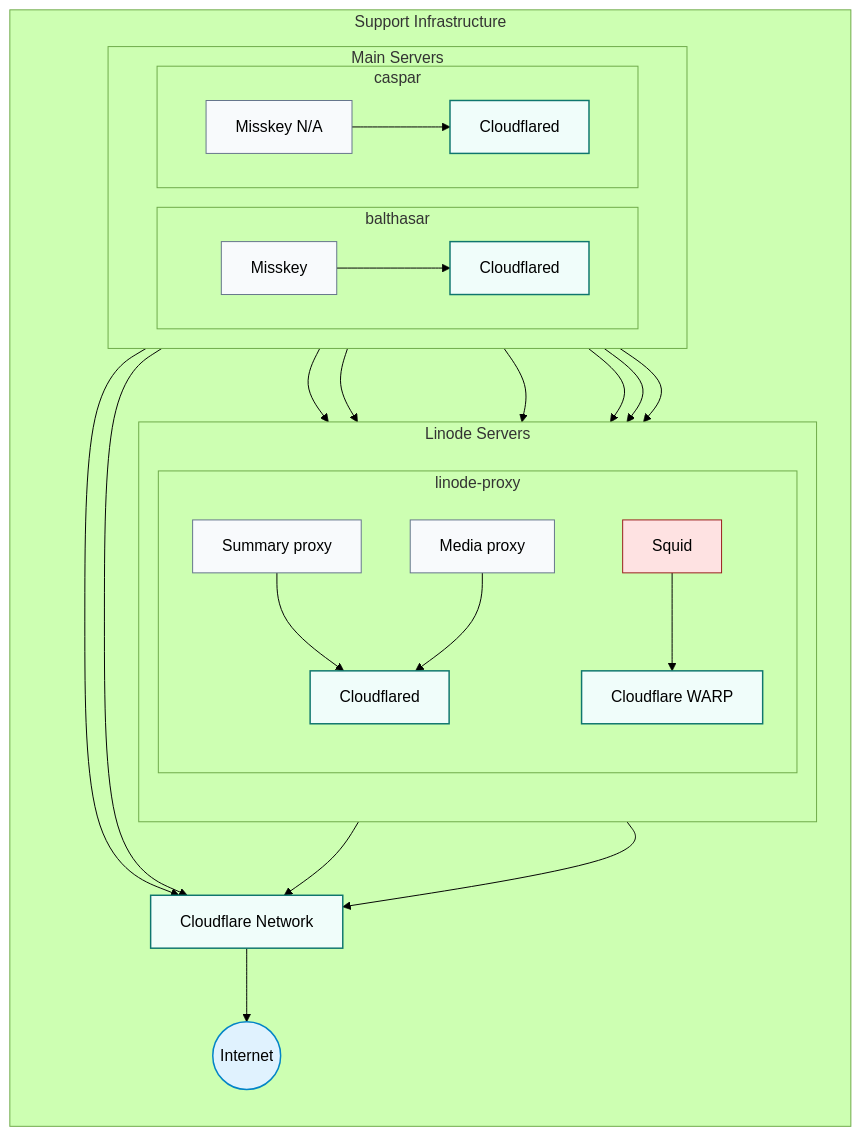
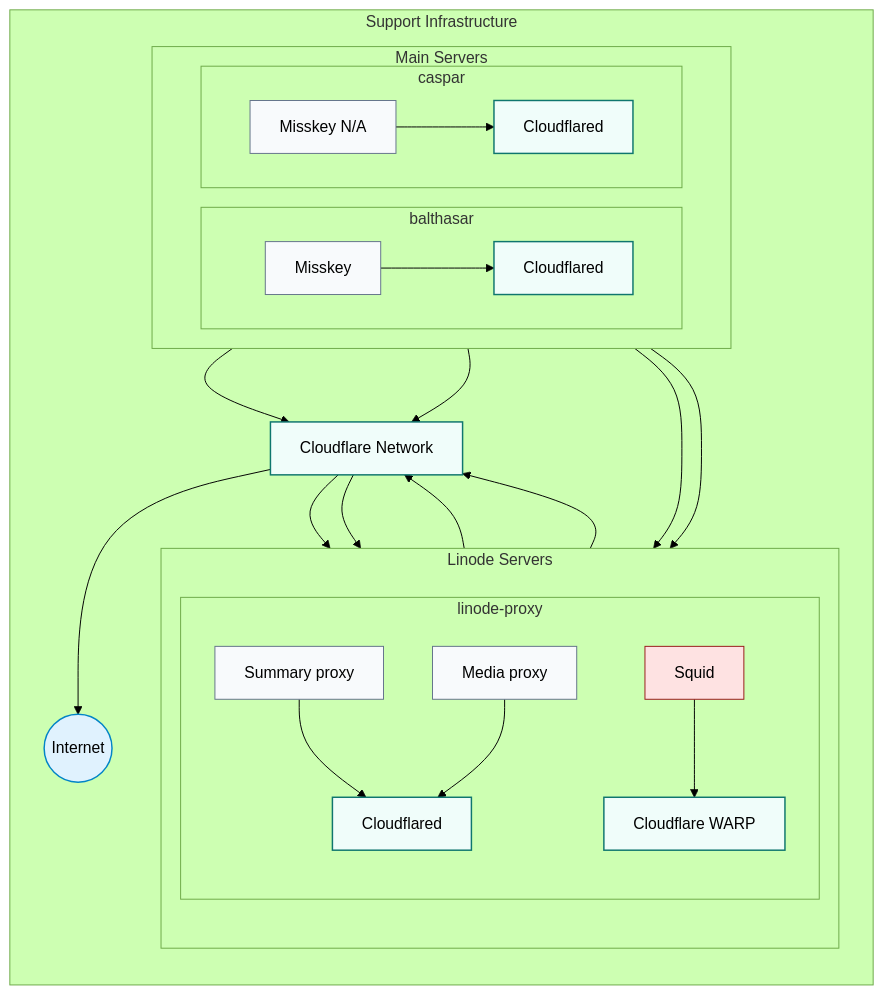
One commit to yamisskey-dev/hosted-list changed the fourth of 4 diagrams in README.md. Above: the diagram before and after it, drawn with Mermaid (forest theme).

````diff
--- a/README.md
+++ b/README.md
@@ -292,60 +292,64 @@
 ```mermaid
 graph TB
 classDef homeServer fill:#e2e8f0,stroke:#334155,stroke-width:2px
 classDef service fill:#f8fafc,stroke:#64748b,stroke-width:1px
 classDef security fill:#fee2e2,stroke:#991b1b,stroke-width:1px
 classDef cloudflare fill:#f0fdfa,stroke:#0f766e,stroke-width:1.5px
 classDef internet fill:#e0f2fe,stroke:#0284c7,stroke-width:1.5px
 
 subgraph support[Support Infrastructure]
     direction TB
     
     subgraph linode[Linode Servers]
         direction TB
         subgraph proxy[linode-proxy]
             summaryproxy[Summary proxy]:::service
             mediaproxy[Media proxy]:::service
             squid[Squid]:::security
             warp[Cloudflare WARP]:::cloudflare
             cloudflared_p[Cloudflared]:::cloudflare
         end
     end
     
     subgraph main_servers[Main Servers]
         direction LR
         subgraph balthasar[balthasar]
             yamisskey[Misskey]:::service
             cloudflared_b[Cloudflared]:::cloudflare
         end
         subgraph caspar[caspar]
             nayamisskey[Misskey N/A]:::service
             cloudflared_c[Cloudflared]:::cloudflare
         end
     end
     
     cloudflare_network[Cloudflare Network]:::cloudflare
     internet((Internet)):::internet
 end
 
-%% Misskey -> proxies
-yamisskey --> summaryproxy & mediaproxy & squid
-nayamisskey --> summaryproxy & mediaproxy & squid
-
-%% Misskey -> Cloudflared
+%% Misskeyからはcloudflared経由で外に出る
 yamisskey --> cloudflared_b
 nayamisskey --> cloudflared_c
 
-%% Proxies connections
-summaryproxy --> cloudflared_p
-mediaproxy --> cloudflared_p
-squid --> warp
-
-%% WARP出口
-warp --> cloudflare_network
-cloudflare_network --> internet
+%% MisskeyからSquidへは直接
+yamisskey --> squid
+nayamisskey --> squid
 
 %% Cloudflared -> Cloudflare Network
 cloudflared_b --> cloudflare_network
 cloudflared_c --> cloudflare_network
 cloudflared_p --> cloudflare_network
+
+%% Cloudflare Network -> 公開されたサービス
+cloudflare_network --> summaryproxy
+cloudflare_network --> mediaproxy
+
+%% 各ProxyからCloudflaredへ
+summaryproxy --> cloudflared_p
+mediaproxy --> cloudflared_p
+
+%% SquidからはWARP経由で外に出る
+squid --> warp
+warp --> cloudflare_network
+cloudflare_network --> internet
 ```
````
